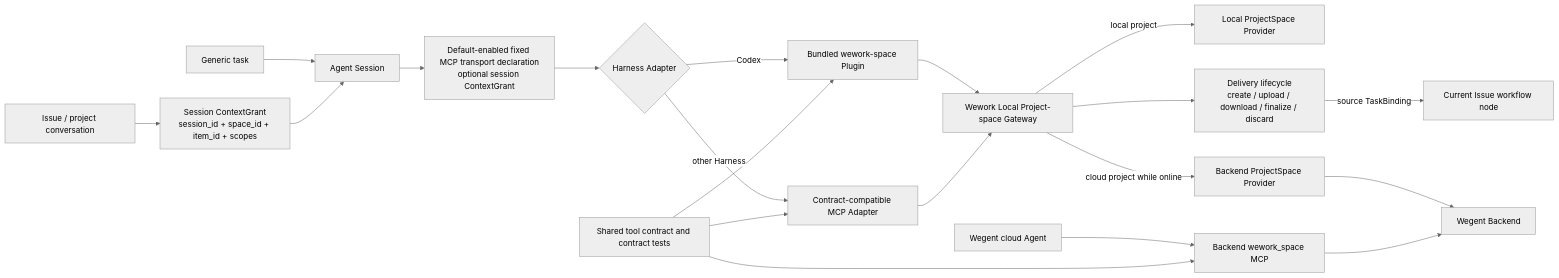
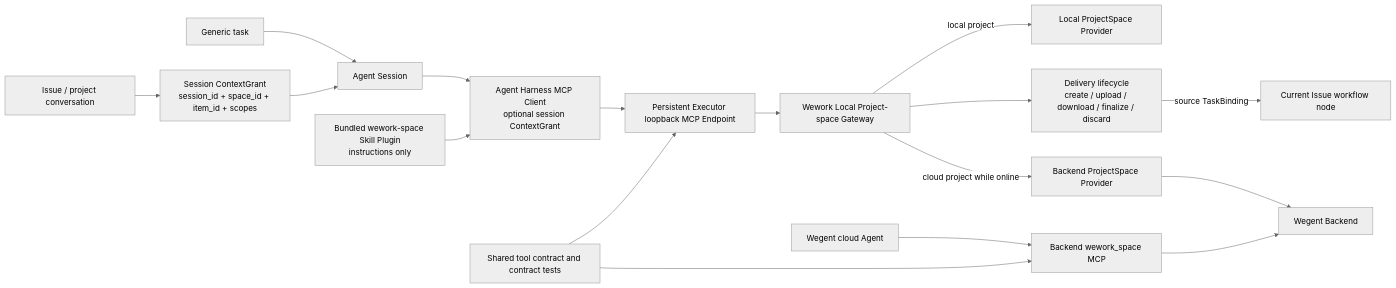
Before and after one commit to wecode-ai/Wegent: the first of 2 diagrams in docs/en/architecture/project-space-agent-capability.md, drawn with Mermaid (neutral theme). The commit also changed other lines of this file and 89 other files, not shown here.

````diff
--- a/docs/en/architecture/project-space-agent-capability.md
+++ b/docs/en/architecture/project-space-agent-capability.md
@@ -9,22 +9,19 @@
 ```mermaid
 flowchart LR
     ISSUE[Issue / project conversation] --> GRANT[Session ContextGrant<br/>session_id + space_id + item_id + scopes]
     GENERIC[Generic task] --> SESSION[Agent Session]
     GRANT --> SESSION
-    SESSION --> DECLARATION[Default-enabled fixed MCP transport declaration<br/>optional session ContextGrant]
-    DECLARATION --> ADAPTER{Harness Adapter}
-    ADAPTER -->|Codex| PLUGIN[Bundled wework-space Plugin]
-    ADAPTER -->|other Harness| MCP_ADAPTER[Contract-compatible MCP Adapter]
-    PLUGIN --> GATEWAY[Wework Local Project-space Gateway]
-    MCP_ADAPTER --> GATEWAY
+    SESSION --> CLIENT[Agent Harness MCP Client<br/>optional session ContextGrant]
+    CLIENT --> ENDPOINT[Persistent Executor loopback MCP Endpoint]
+    PLUGIN[Bundled wework-space Skill Plugin<br/>instructions only] --> CLIENT
+    ENDPOINT --> GATEWAY[Wework Local Project-space Gateway]
     GATEWAY -->|local project| LOCAL[Local ProjectSpace Provider]
     GATEWAY -->|cloud project while online| REMOTE[Backend ProjectSpace Provider]
     REMOTE --> BACKEND[Wegent Backend]
     GATEWAY --> DELIVERY[Delivery lifecycle<br/>create / upload / download / finalize / discard]
     DELIVERY -->|source TaskBinding| ISSUE_STAGE[Current Issue workflow node]
     CLOUD[Wegent cloud Agent] --> BACKEND_MCP[Backend wework_space MCP]
     BACKEND_MCP --> BACKEND
-    CONTRACT[Shared tool contract and contract tests] --> PLUGIN
-    CONTRACT --> MCP_ADAPTER
+    CONTRACT[Shared tool contract and contract tests] --> ENDPOINT
     CONTRACT --> BACKEND_MCP
 ```
````
